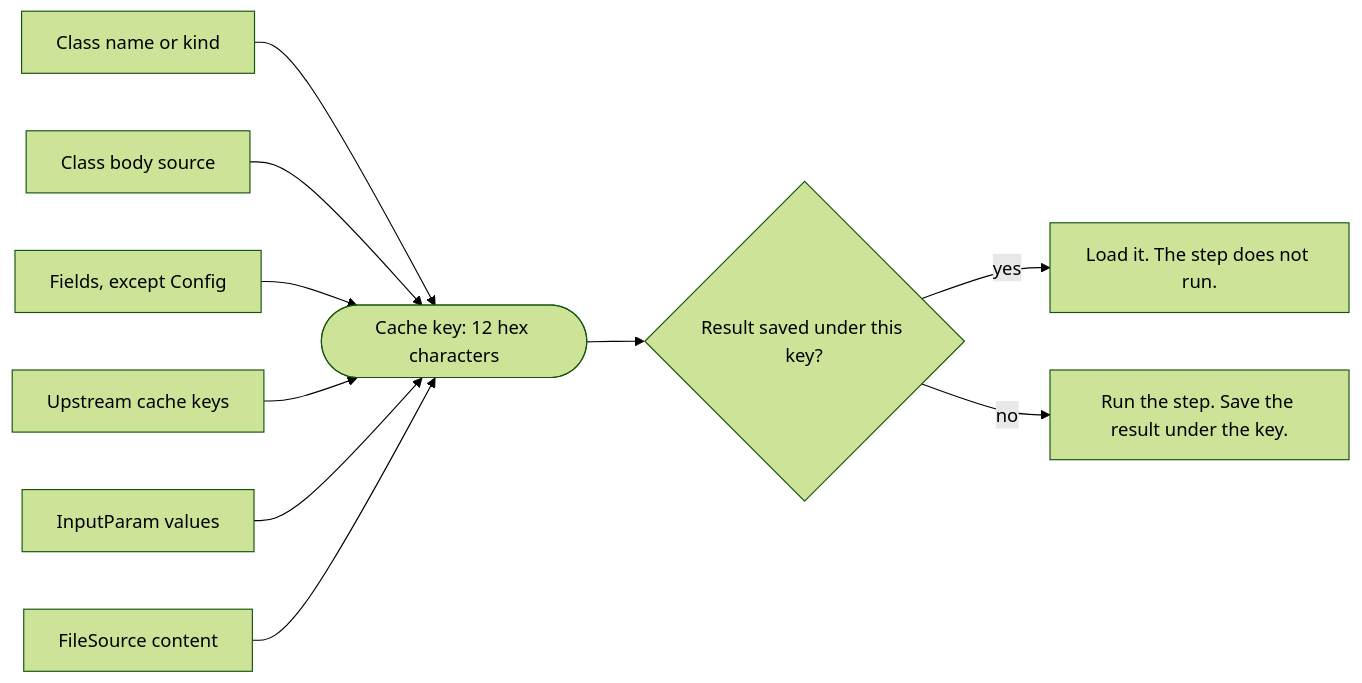
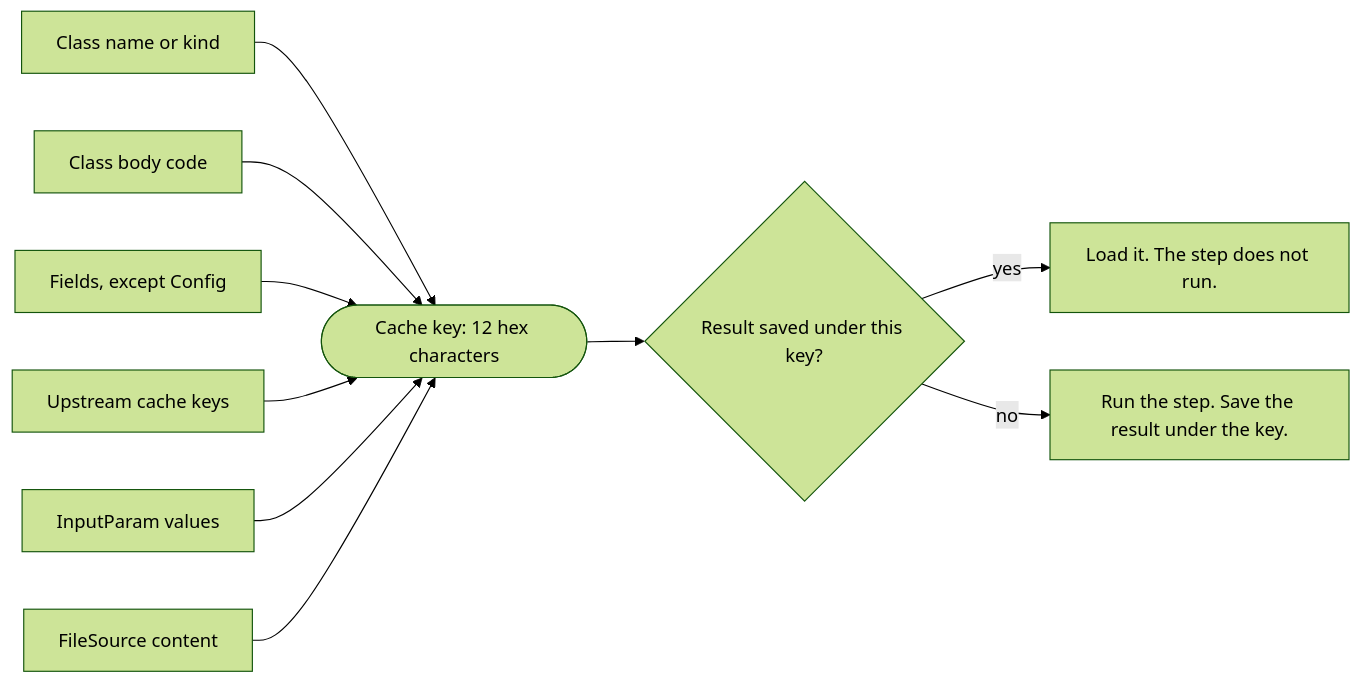
Before and after one commit to jorgeecardona/adag: the diagram in docs/caching.md, drawn with Mermaid (forest theme). The commit also changed other lines of this file and 16 other files, not shown here.

First line of the commit message:
The code part of a key is a digest of the class syntax tree (#19)

````diff
--- a/docs/caching.md
+++ b/docs/caching.md
@@ -16,12 +16,12 @@
 ```mermaid
 flowchart LR
     cls["Class name or kind"] --> key
-    body["Class body source"] --> key
+    body["Class body code"] --> key
     fields["Fields, except Config"] --> key
     up["Upstream cache keys"] --> key
     inputs["InputParam values"] --> key
     files["FileSource content"] --> key
     key(["Cache key: 12 hex characters"]) --> saved{"Result saved under this key?"}
     saved -- yes --> load["Load it. The step does not run."]
     saved -- no --> run["Run the step. Save the result under the key."]
 ```
````
